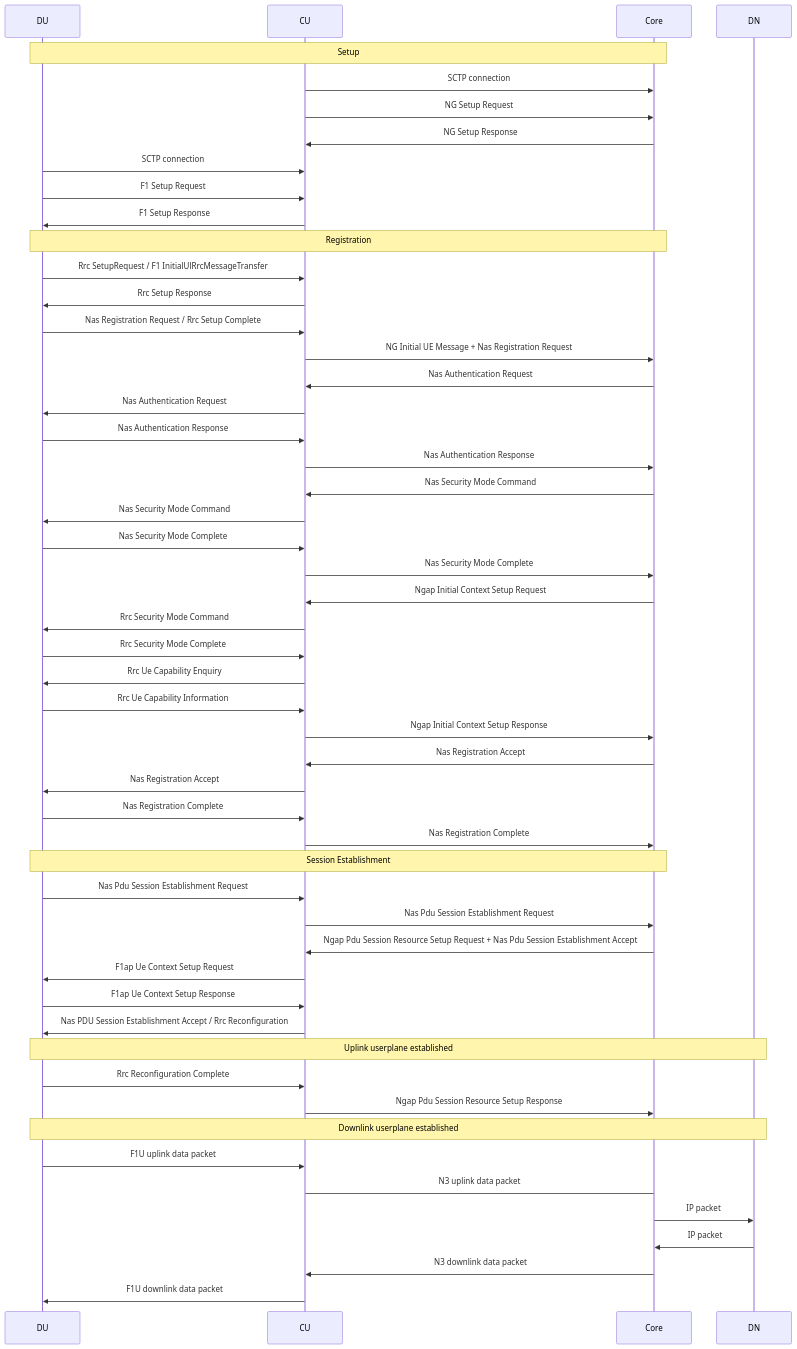
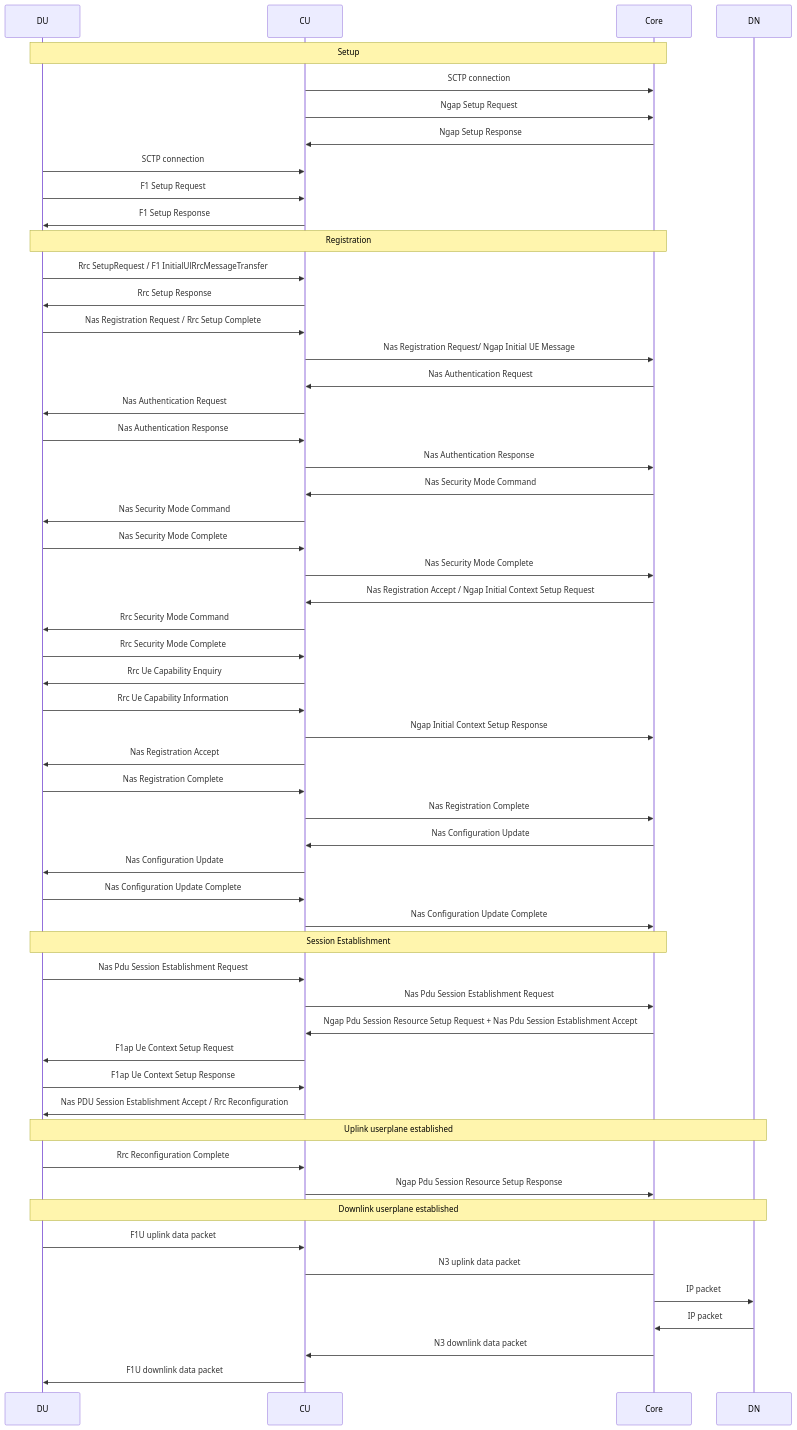
One commit to Jojeker/qcore changed the diagram in docs/designs - existing/attach.md. Above: the diagram before and after it, drawn with Mermaid. The commit also changed 84 other files, not shown here.

````diff
--- a/docs/designs - existing/attach.md
+++ b/docs/designs - existing/attach.md
@@ -10,54 +10,57 @@
 ```mermaid
 sequenceDiagram
   participant DU
   participant CU
   participant Core
   participant DN
   Note over DU,Core: Setup
   CU->>Core: SCTP connection
-  CU->>Core: NG Setup Request
-  Core->>CU: NG Setup Response
+  CU->>Core: Ngap Setup Request
+  Core->>CU: Ngap Setup Response
   DU->>CU: SCTP connection
   DU->>CU: F1 Setup Request
   CU->>DU: F1 Setup Response
   Note over DU,Core: Registration
   DU->>CU: Rrc SetupRequest / F1 InitialUlRrcMessageTransfer 
   CU->>DU: Rrc Setup Response 
   DU->>CU: Nas Registration Request / Rrc Setup Complete 
-  CU->>Core: NG Initial UE Message + Nas Registration Request
+  CU->>Core: Nas Registration Request/ Ngap Initial UE Message 
   Core->>CU: Nas Authentication Request 
   CU->>DU: Nas Authentication Request 
   DU->>CU: Nas Authentication Response
   CU->>Core: Nas Authentication Response
   Core->>CU: Nas Security Mode Command 
   CU->>DU: Nas Security Mode Command
   DU->>CU: Nas Security Mode Complete
   CU->>Core: Nas Security Mode Complete
-  Core->>CU: Ngap Initial Context Setup Request
+  Core->>CU: Nas Registration Accept / Ngap Initial Context Setup Request 
   CU->>DU: Rrc Security Mode Command 
   DU->>CU: Rrc Security Mode Complete
   CU->>DU: Rrc Ue Capability Enquiry 
   DU->>CU: Rrc Ue Capability Information
   CU->>Core: Ngap Initial Context Setup Response
-  Core->>CU: Nas Registration Accept
   CU->>DU: Nas Registration Accept
   DU->>CU: Nas Registration Complete
   CU->>Core: Nas Registration Complete
+  Core->>CU: Nas Configuration Update
+  CU->>DU: Nas Configuration Update
+  DU->>CU: Nas Configuration Update Complete
+  CU->>Core: Nas Configuration Update Complete
   Note over DU,Core: Session Establishment
   DU->>CU: Nas Pdu Session Establishment Request
   CU->>Core: Nas Pdu Session Establishment Request
   Core->>CU: Ngap Pdu Session Resource Setup Request  + Nas Pdu Session Establishment Accept
   CU->>DU: F1ap Ue Context Setup Request
   DU->>CU: F1ap Ue Context Setup Response
   CU->>DU: Nas PDU Session Establishment Accept / Rrc Reconfiguration 
   Note over DU,DN: Uplink userplane established
   DU->>CU: Rrc Reconfiguration Complete 
   CU->>Core: Ngap Pdu Session Resource Setup Response 
   Note over DU,DN: Downlink userplane established
   DU->>CU: F1U uplink data packet
   CU->Core: N3 uplink data packet
   Core->>DN: IP packet
   DN->>Core: IP packet
   Core->>CU: N3 downlink data packet
   CU->>DU: F1U downlink data packet
 ```
````
